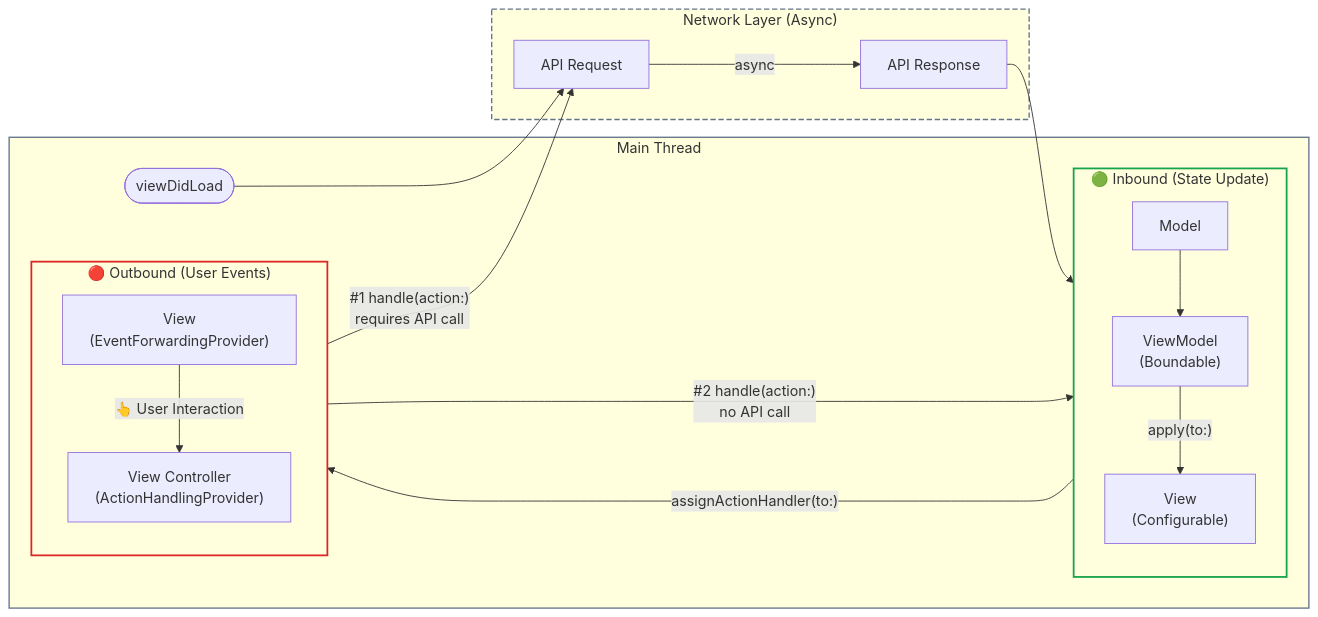
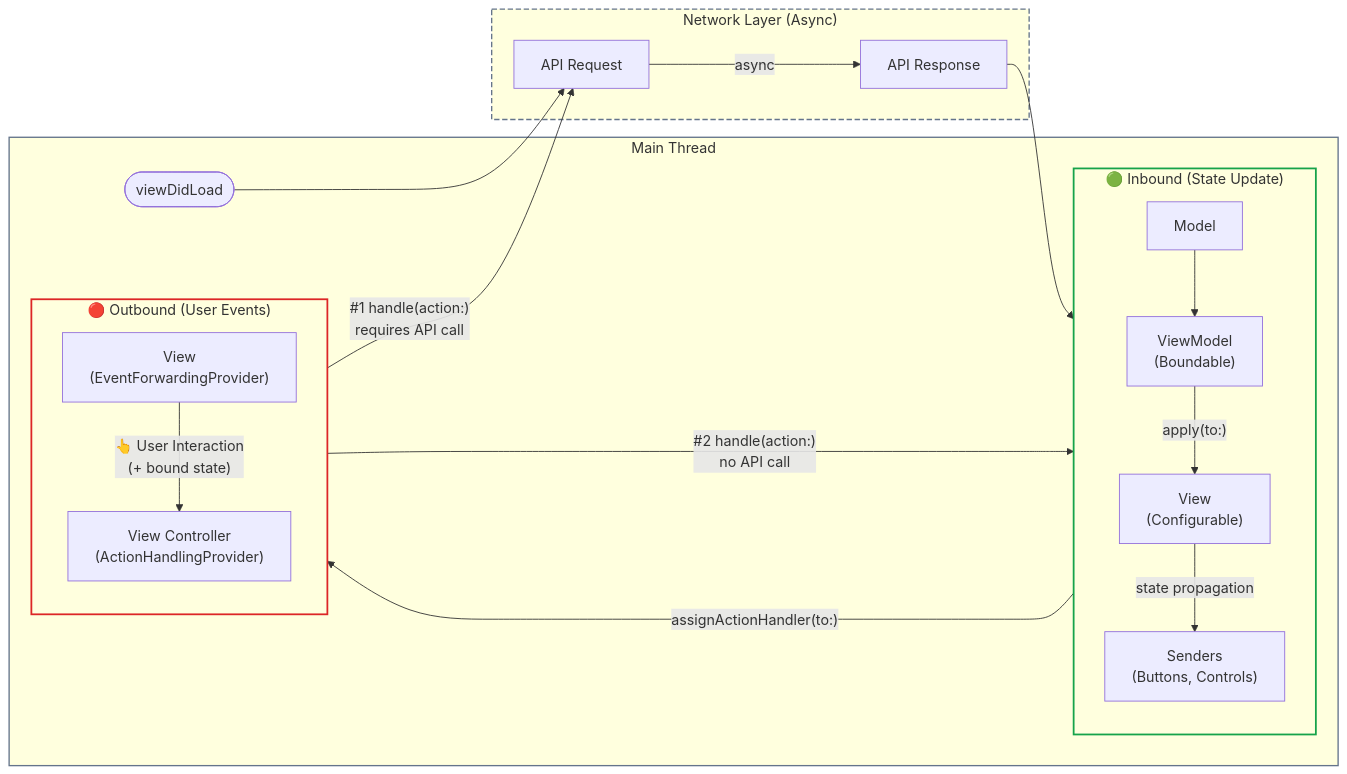
Before and after one commit to dSunny90/SendingState: the first of 3 diagrams in README.md, drawn with Mermaid. The commit also changed other lines of this file and 39 other files, not shown here.

````diff
--- a/README.md
+++ b/README.md
@@ -19,33 +19,34 @@
 ```mermaid
 flowchart LR
     subgraph MainThread["Main Thread"]
         Start(["viewDidLoad"])
 
         subgraph Inbound["🟢 Inbound (State Update)"]
             direction TB
             Model["Model"] --> ViewModel["ViewModel<br/>(Boundable)"]
             ViewModel -->|"apply(to:)"| View1["View<br/>(Configurable)"]
+            View1 -->|"state propagation"| Senders["Senders<br/>(Buttons, Controls)"]
         end
 
         subgraph Outbound["🔴 Outbound (User Events)"]
             direction TB
-            View2["View<br/>(EventForwardingProvider)"] -->|"👆 User Interaction"| ViewController["View Controller<br/>(ActionHandlingProvider)"]
+            View2["View<br/>(EventForwardingProvider)"] -->|"👆 User Interaction<br/>(+ bound state)"| ViewController["View Controller<br/>(ActionHandlingProvider)"]
         end
     end
 
     subgraph BgThread["Network Layer (Async)"]
         Request["API Request"] -->|"async"| Response["API Response"]
     end
 
     Start --> Request
     Response --> Inbound
     Inbound -->|"assignActionHandler(to:)"| Outbound
 
     Outbound -->|"#1 handle(action:)<br/>requires API call"| Request
     Outbound -->|"#2 handle(action:)<br/>no API call"| Inbound
 
     style Inbound stroke:#16a34a,stroke-width:2px
     style Outbound stroke:#dc2626,stroke-width:2px
     style MainThread stroke:#64748b,stroke-width:1.5px
     style BgThread stroke:#64748b,stroke-width:1.5px,stroke-dasharray: 6 3
 ```
````
